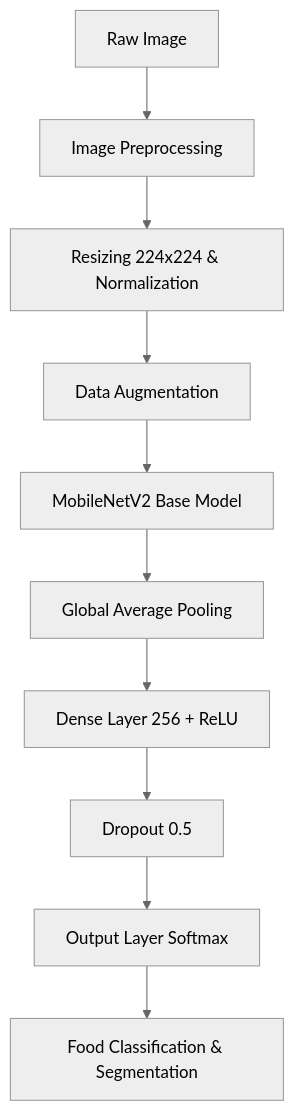
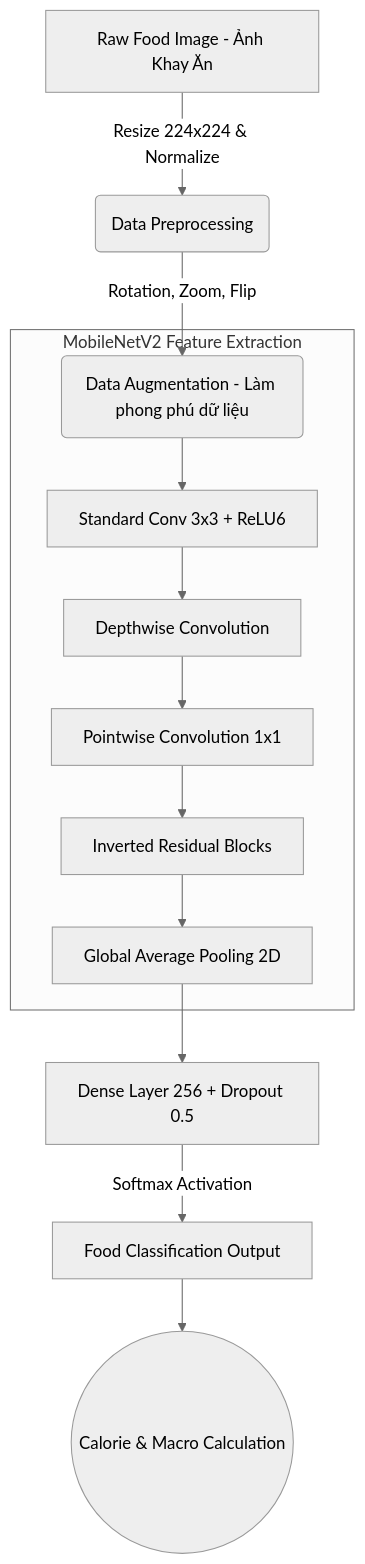
The first of 3 diagrams in README.md (DevOpsLogistics/FoodVision-Ai), drawn with Mermaid (neutral theme) before and after one commit. The commit also changed other lines of this file, not shown here.

Commit message:
Docs: Update README with extremely detailed features and CNN architecture explanations

````diff
--- a/README.md
+++ b/README.md
@@ -52,12 +73,17 @@
 ```mermaid
 graph TD
-    A[Raw Image] --> B[Image Preprocessing]
-    B --> C[Resizing 224x224 & Normalization]
-    C --> D[Data Augmentation]
-    D --> E[MobileNetV2 Base Model]
-    E --> F[Global Average Pooling]
-    F --> G[Dense Layer 256 + ReLU]
-    G --> H[Dropout 0.5]
-    H --> I[Output Layer Softmax]
-    I --> J[Food Classification & Segmentation]
+    A[Raw Food Image - Ảnh Khay Ăn] -->|Resize 224x224 & Normalize| B(Data Preprocessing)
+    B -->|Rotation, Zoom, Flip| C(Data Augmentation - Làm phong phú dữ liệu)
+    
+    subgraph CNN Architecture [MobileNetV2 Feature Extraction]
+    C --> D[Standard Conv 3x3 + ReLU6]
+    D --> E[Depthwise Convolution]
+    E --> F[Pointwise Convolution 1x1]
+    F --> G[Inverted Residual Blocks]
+    G --> H[Global Average Pooling 2D]
+    end
+    
+    H --> I[Dense Layer 256 + Dropout 0.5]
+    I -->|Softmax Activation| J[Food Classification Output]
+    J --> K((Calorie & Macro Calculation))
 ```
````
